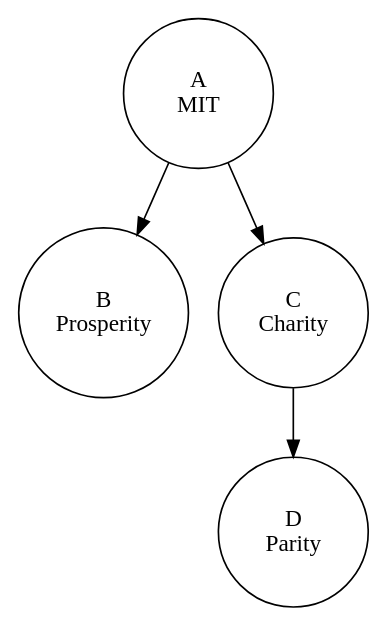
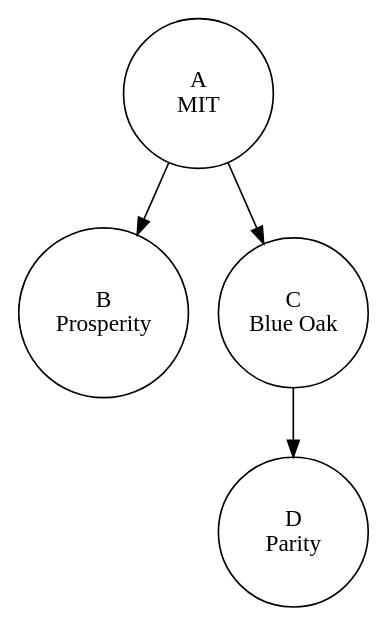
One commit to licensezero/guide.licensezero.com changed the diagram in figure-3.dot. Above: the diagram before and after it, drawn with Graphviz. The commit also changed 5 other files, not shown here.

Commit message:
Replace Charity with Blue Oak

```diff
--- a/figure-3.dot
+++ b/figure-3.dot
@@ -1,9 +1,9 @@
 digraph {
   node [shape=circle,width=1.25];
   A[label="A\nMIT"];
   B[label="B\nProsperity"];
-  C[label="C\nCharity"];
+  C[label="C\nBlue Oak"];
   D[label="D\nParity"];
   A -> B, C;
   C -> D;
 }
```
